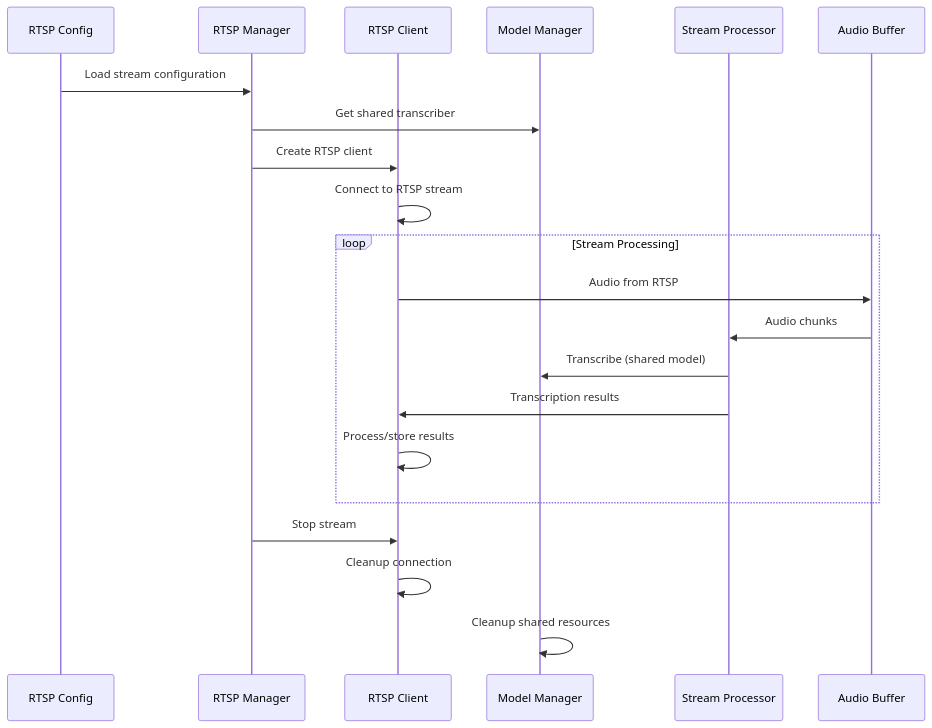
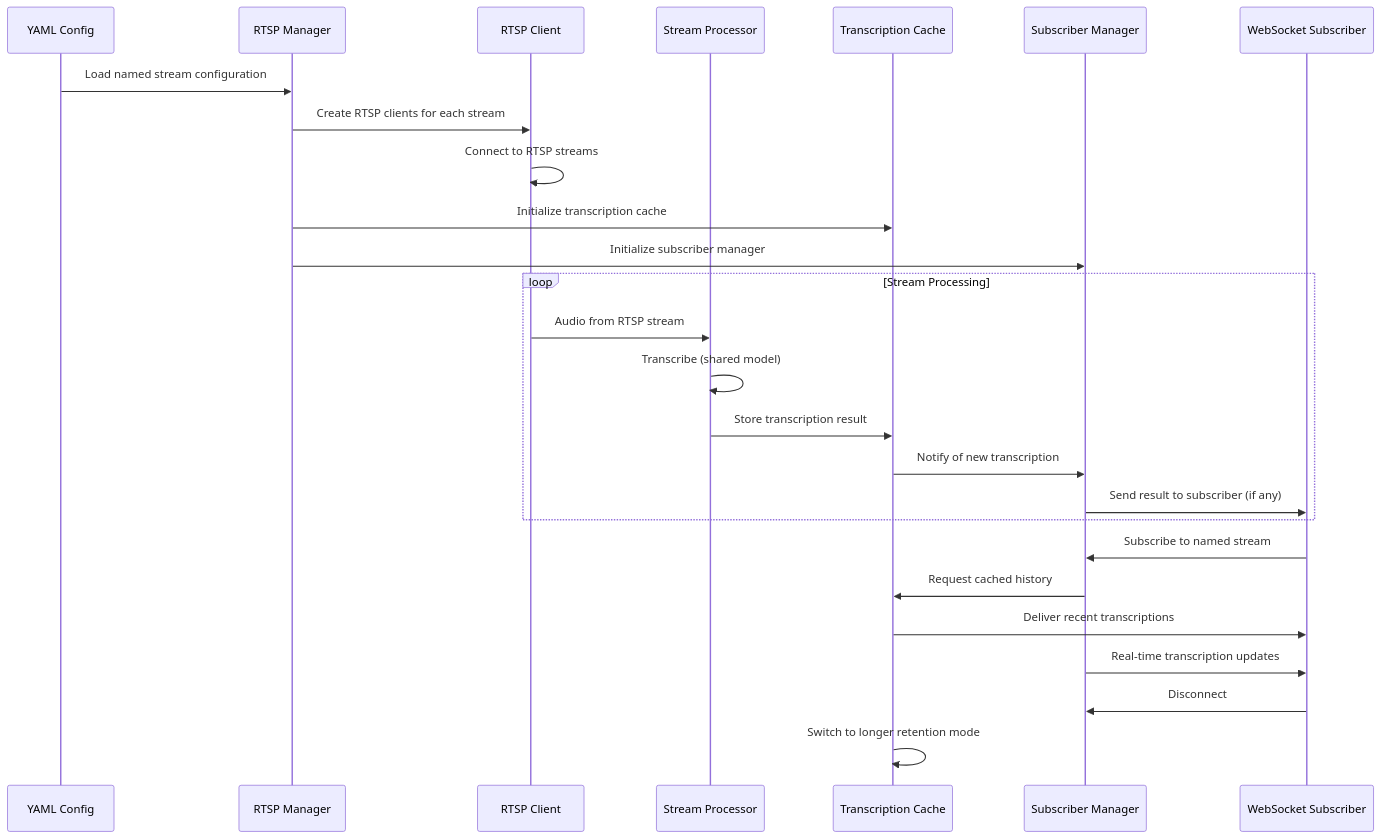
One commit to shyndman/lmnop-eavesdrop changed the fifth of 7 diagrams in ARCHITECTURE.md. Above: the diagram before and after it, drawn with Mermaid. The commit also changed other lines of this file, not shown here.

Commit message:
Update with latest architecture details

````diff
--- a/ARCHITECTURE.md
+++ b/ARCHITECTURE.md
@@ -215,26 +269,32 @@
 ```mermaid
 sequenceDiagram
-    participant Config as RTSP Config
+    participant Config as YAML Config
     participant Manager as RTSP Manager
     participant Client as RTSP Client
-    participant ModelMgr as Model Manager
     participant Processor as Stream Processor
-    participant Buffer as Audio Buffer
+    participant Cache as Transcription Cache
+    participant SubMgr as Subscriber Manager
+    participant WSClient as WebSocket Subscriber
 
-    Config->>Manager: Load stream configuration
-    Manager->>ModelMgr: Get shared transcriber
-    Manager->>Client: Create RTSP client
-    Client->>Client: Connect to RTSP stream
-    
+    Config->>Manager: Load named stream configuration
+    Manager->>Client: Create RTSP clients for each stream
+    Client->>Client: Connect to RTSP streams
+    Manager->>Cache: Initialize transcription cache
+    Manager->>SubMgr: Initialize subscriber manager
+
     loop Stream Processing
-        Client->>Buffer: Audio from RTSP
-        Buffer->>Processor: Audio chunks  
-        Processor->>ModelMgr: Transcribe (shared model)
-        Processor->>Client: Transcription results
-        Client->>Client: Process/store results
+        Client->>Processor: Audio from RTSP stream
+        Processor->>Processor: Transcribe (shared model)
+        Processor->>Cache: Store transcription result
+        Cache->>SubMgr: Notify of new transcription
+        SubMgr->>WSClient: Send result to subscriber (if any)
     end
-    
-    Manager->>Client: Stop stream
-    Client->>Client: Cleanup connection
-    ModelMgr->>ModelMgr: Cleanup shared resources
+
+    WSClient->>SubMgr: Subscribe to named stream
+    SubMgr->>Cache: Request cached history
+    Cache->>WSClient: Deliver recent transcriptions
+    SubMgr->>WSClient: Real-time transcription updates
+
+    WSClient->>SubMgr: Disconnect
+    Cache->>Cache: Switch to longer retention mode
 ```
````
